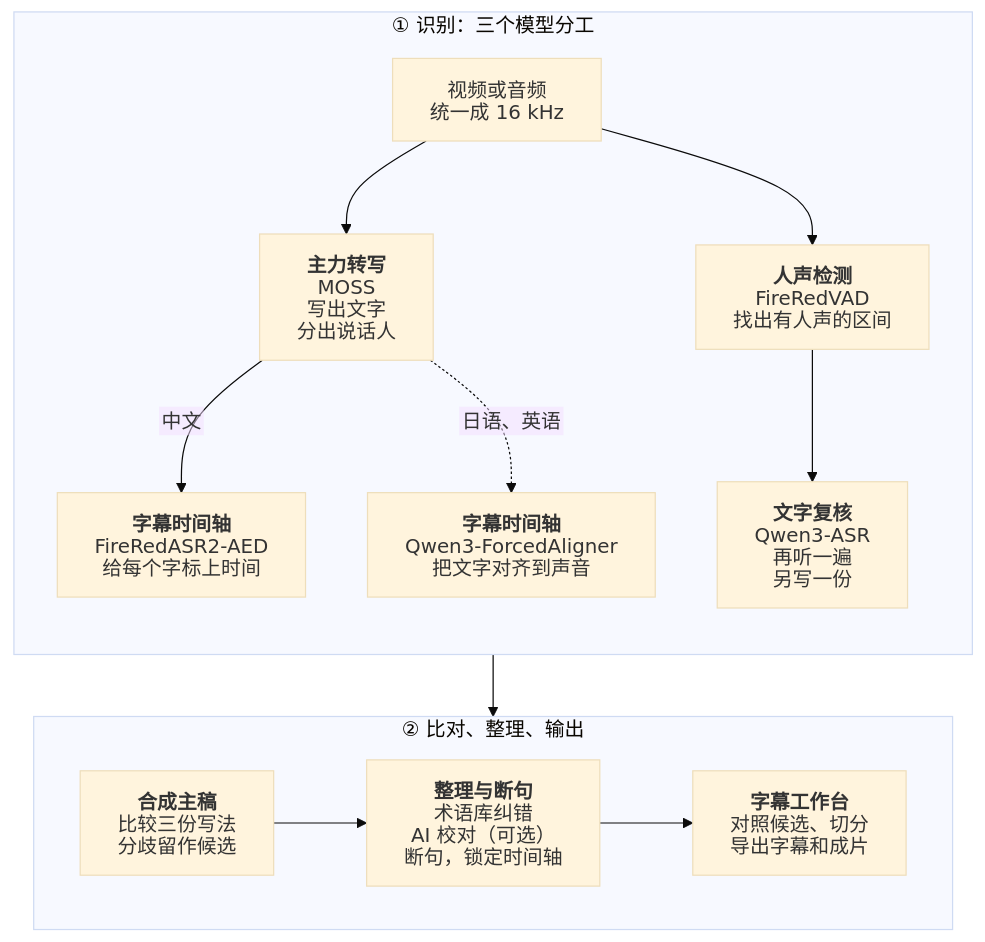
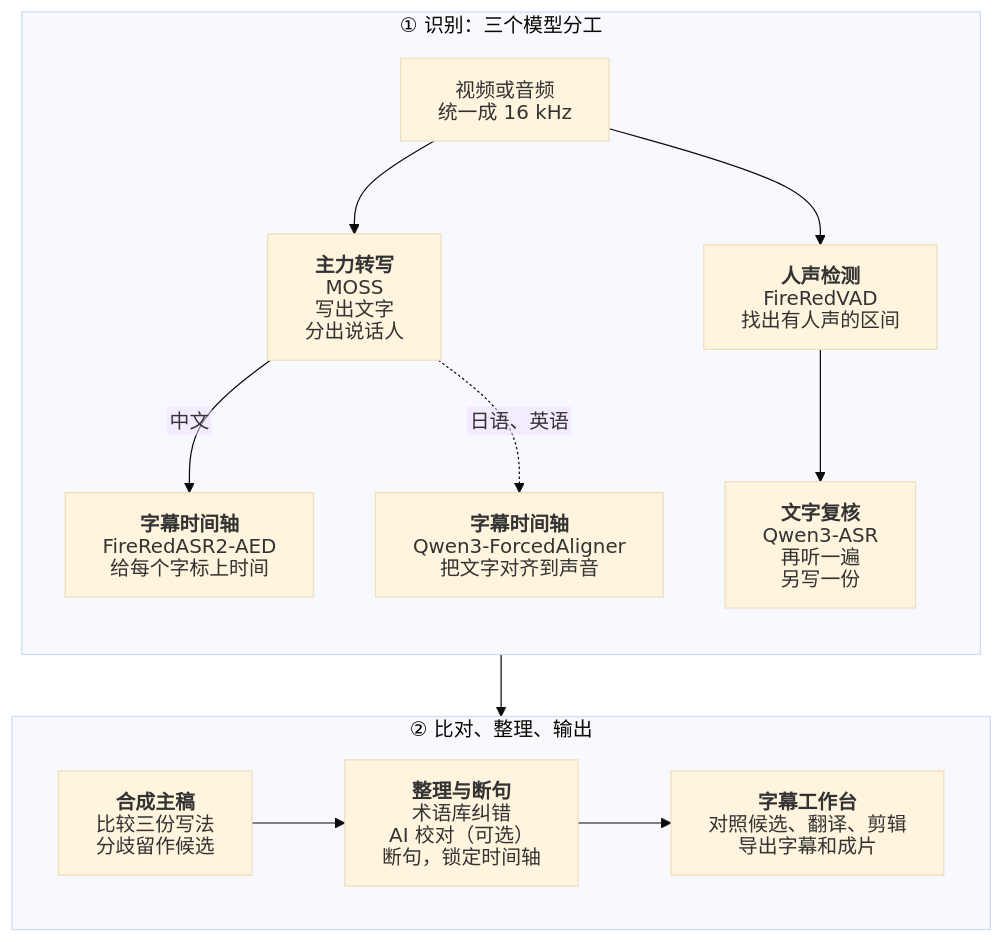
Before and after one commit to NOTBAD314/2ByteASR: the diagram in README.md, drawn with Mermaid (base theme). The commit also changed other lines of this file and 46 other files, not shown here.

First line of the commit message:
docs: README 改版为「字幕剪辑翻译工作台」，四种语言换上 0.8.7 真实截图 [skip ci]

````diff
--- a/README.md
+++ b/README.md
@@ -166,38 +176,38 @@
 ```mermaid
 %%{init: {"htmlLabels": false, "markdownAutoWrap": false, "flowchart": {"htmlLabels": false, "wrappingWidth": 400}}}%%
 flowchart TB
     subgraph REC["① 识别：三个模型分工"]
         direction TB
         A["`视频或音频
 统一成 16 kHz`"] --> M["`**主力转写**
 MOSS
 写出文字
 分出说话人`"]
         A --> V["`**人声检测**
 FireRedVAD
 找出有人声的区间`"]
         M -->|中文| F["`**字幕时间轴**
 FireRedASR2-AED
 给每个字标上时间`"]
         M -.->|日语、英语| Q["`**字幕时间轴**
 Qwen3-ForcedAligner
 把文字对齐到声音`"]
         V --> R["`**文字复核**
 Qwen3-ASR
 再听一遍
 另写一份`"]
     end
     subgraph POST["② 比对、整理、输出"]
         direction LR
         D["`**合成主稿**
 比较三份写法
 分歧留作候选`"] --> T["`**整理与断句**
 术语库纠错
 AI 校对（可选）
 断句，锁定时间轴`"]
         T --> P["`**字幕工作台**
-对照候选、切分
+对照候选、翻译、剪辑
 导出字幕和成片`"]
     end
     REC --> POST
 ```
````
